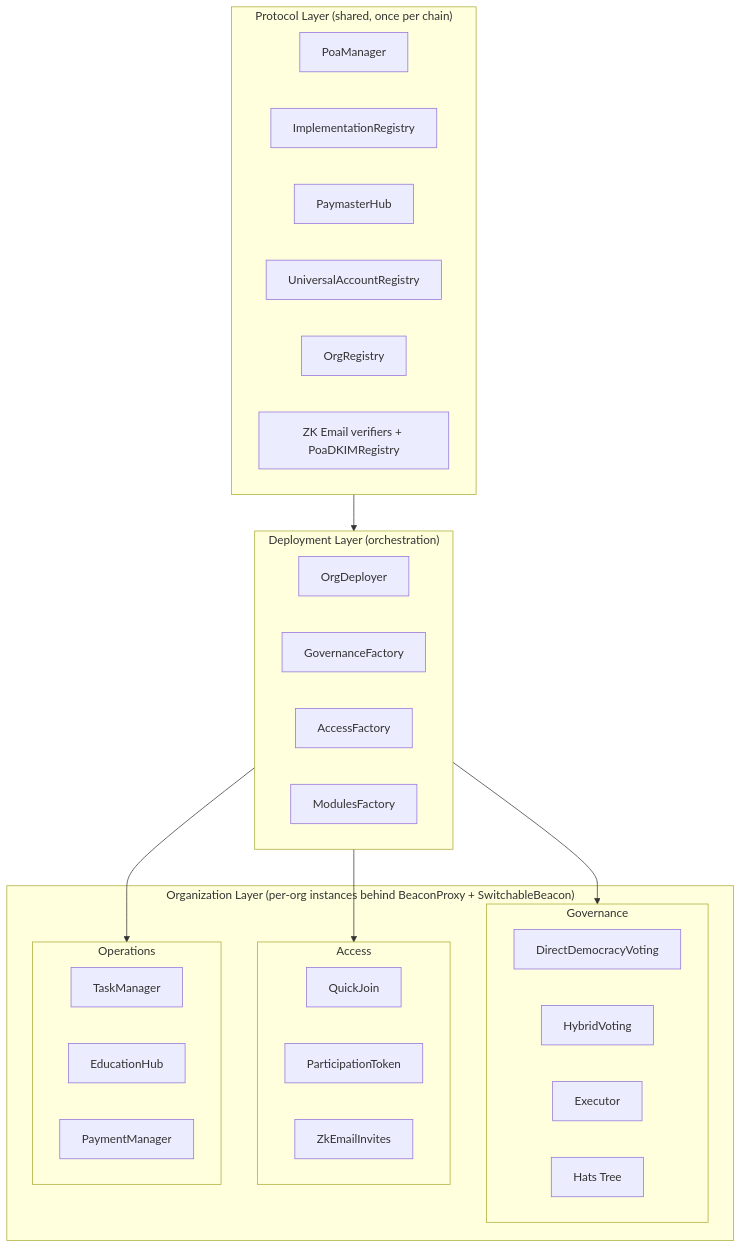
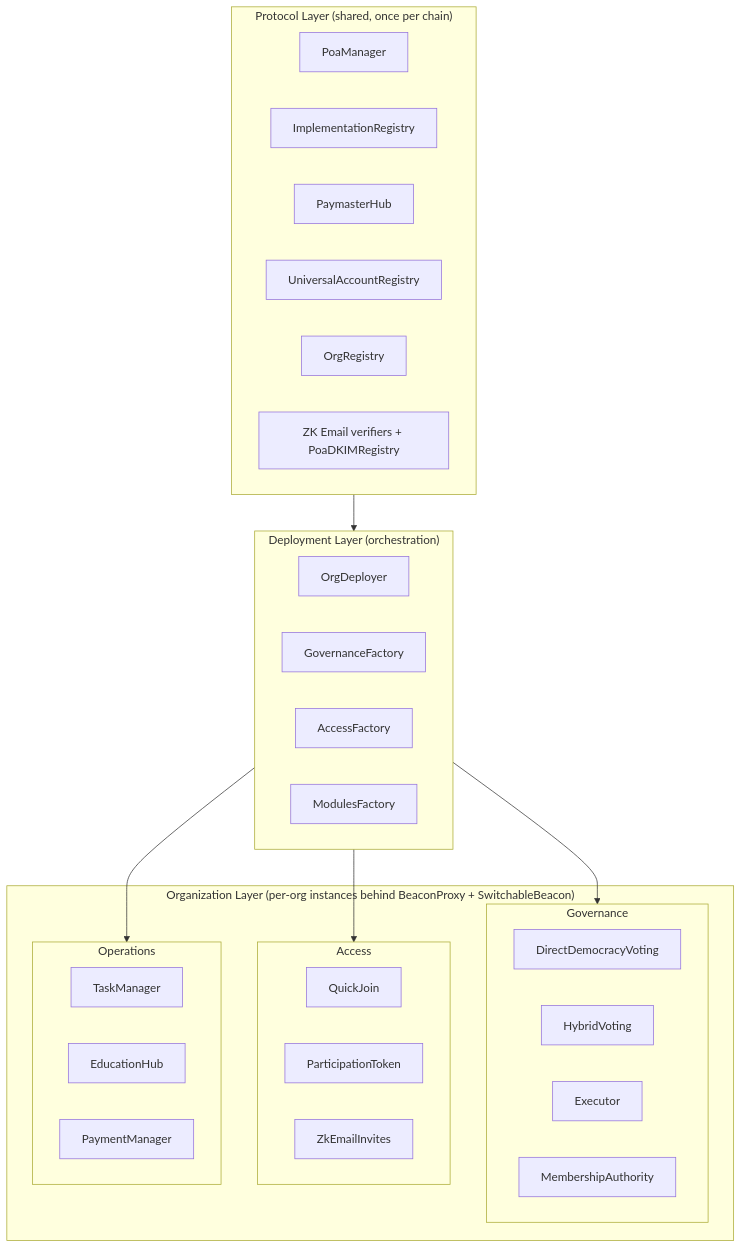
The first of 4 diagrams in README.md (poa-box/POP), drawn with Mermaid before and after one commit. The commit also changed other lines of this file and 204 other files, not shown here.

````diff
--- a/README.md
+++ b/README.md
@@ -105,42 +104,42 @@
 ```mermaid
 flowchart TD
     subgraph Protocol["Protocol Layer (shared, once per chain)"]
         PoaManager
         ImplementationRegistry
         PaymasterHub
         UniversalAccountRegistry
         OrgRegistry
         ZkInfra["ZK Email verifiers + PoaDKIMRegistry"]
     end
 
     subgraph Deployment["Deployment Layer (orchestration)"]
         OrgDeployer
         GovernanceFactory
         AccessFactory
         ModulesFactory
     end
 
     subgraph Org["Organization Layer (per-org instances behind BeaconProxy + SwitchableBeacon)"]
         subgraph Governance
             DirectDemocracyVoting
             HybridVoting
             Executor
-            HatsTree["Hats Tree"]
+            MembershipAuthority
         end
         subgraph Access
             QuickJoin
             ParticipationToken
             ZkEmailInvites
         end
         subgraph Operations
             TaskManager
             EducationHub
             PaymentManager
         end
     end
 
     Protocol --> Deployment
     Deployment --> Governance
     Deployment --> Access
     Deployment --> Operations
 ```
````
